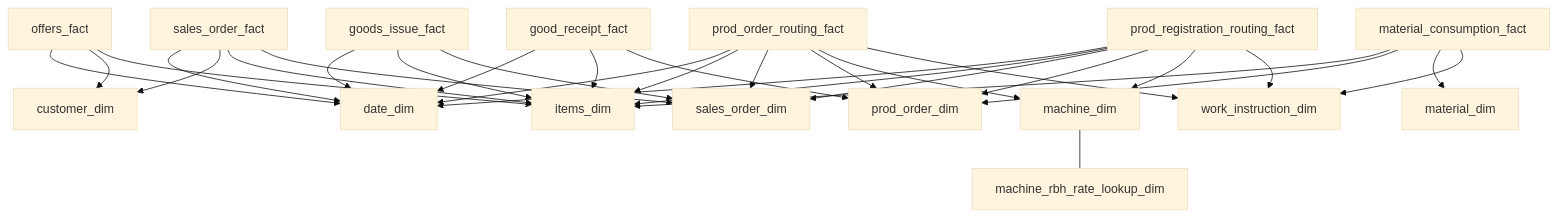
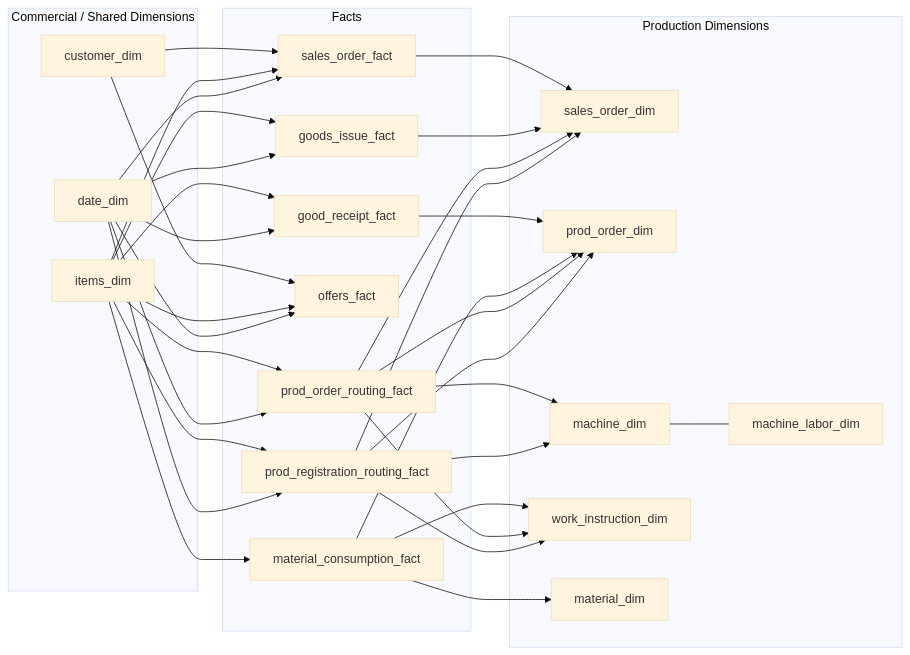
Before and after one commit to mat7039/sql-server-manufacturing-dwh-case-study: the second of 2 diagrams in README.md, drawn with Mermaid (base theme). The commit also changed other lines of this file, not shown here.

````diff
--- a/README.md
+++ b/README.md
@@ -99,58 +99,66 @@
 ```mermaid
-flowchart TB
-    F1["offers_fact"]
-    F2["sales_order_fact"]
-    F3["goods_issue_fact"]
-    F4["good_receipt_fact"]
-    F5["material_consumption_fact"]
-    F6["prod_order_routing_fact"]
-    F7["prod_registration_routing_fact"]
+flowchart LR
+    subgraph LeftDims["Commercial / Shared Dimensions"]
+        D2["customer_dim"]
+        D3["items_dim"]
+        D1["date_dim"]
+    end
 
-    D1["date_dim"]
-    D2["customer_dim"]
-    D3["items_dim"]
-    D4["sales_order_dim"]
-    D5["prod_order_dim"]
-    D6["machine_dim"]
-    D7["material_dim"]
-    D8["work_instruction_dim"]
-    D9["machine_rbh_rate_lookup_dim"]
+    subgraph CenterFacts["Facts"]
+        F2["sales_order_fact"]
+        F4["good_receipt_fact"]
+        F3["goods_issue_fact"]
+        F1["offers_fact"]
+        F6["prod_order_routing_fact"]
+        F5["material_consumption_fact"]
+        F7["prod_registration_routing_fact"]
+    end
 
-    F1 --> D1
-    F1 --> D2
-    F1 --> D3
+    subgraph RightDims["Production Dimensions"]
+        D4["sales_order_dim"]
+        D5["prod_order_dim"]
+        D6["machine_dim"]
+        D8["work_instruction_dim"]
+        D7["material_dim"]
+        D9["machine_labor_dim"]
+    end
 
-    F2 --> D1
-    F2 --> D2
-    F2 --> D3
+    D2 --> F2
+    D2 --> F1
+
+    D3 --> F2
+    D3 --> F4
+    D3 --> F3
+    D3 --> F1
+    D3 --> F6
+    D3 --> F5
+    D3 --> F7
+
+    D1 --> F2
+    D1 --> F4
+    D1 --> F3
+    D1 --> F1
+    D1 --> F6
+    D1 --> F7
+
     F2 --> D4
+    F3 --> D4
+    F6 --> D4
+    F7 --> D4
 
-    F3 --> D1
-    F3 --> D3
-    F3 --> D4
+    F4 --> D5
+    F5 --> D5
+    F6 --> D5
+    F7 --> D5
 
-    F4 --> D1
-    F4 --> D3
-    F4 --> D5
+    F6 --> D6
+    F7 --> D6
 
-    F5 --> D3
-    F5 --> D5
     F5 --> D7
+
     F5 --> D8
-
-    F6 --> D1
-    F6 --> D3
-    F6 --> D4
-    F6 --> D5
-    F6 --> D6
     F6 --> D8
-
-    F7 --> D1
-    F7 --> D3
-    F7 --> D4
-    F7 --> D5
-    F7 --> D6
     F7 --> D8
 
     D6 --- D9
 ```
````
